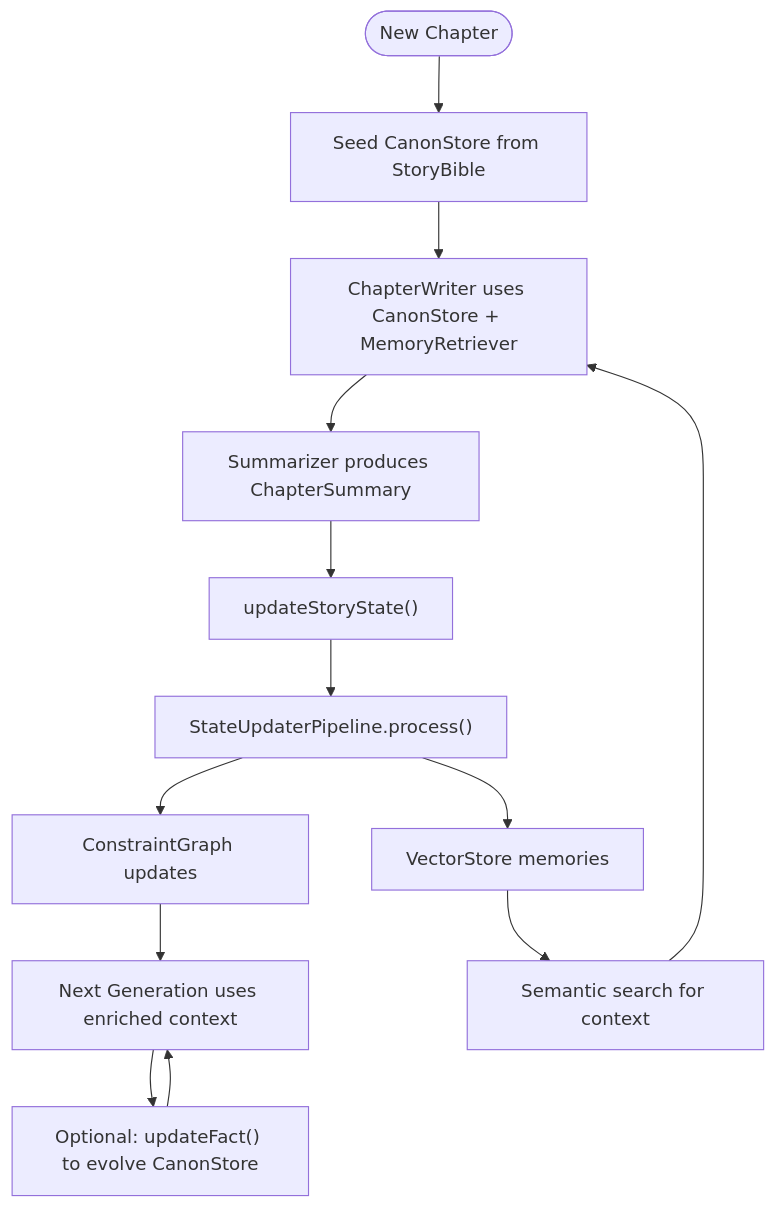
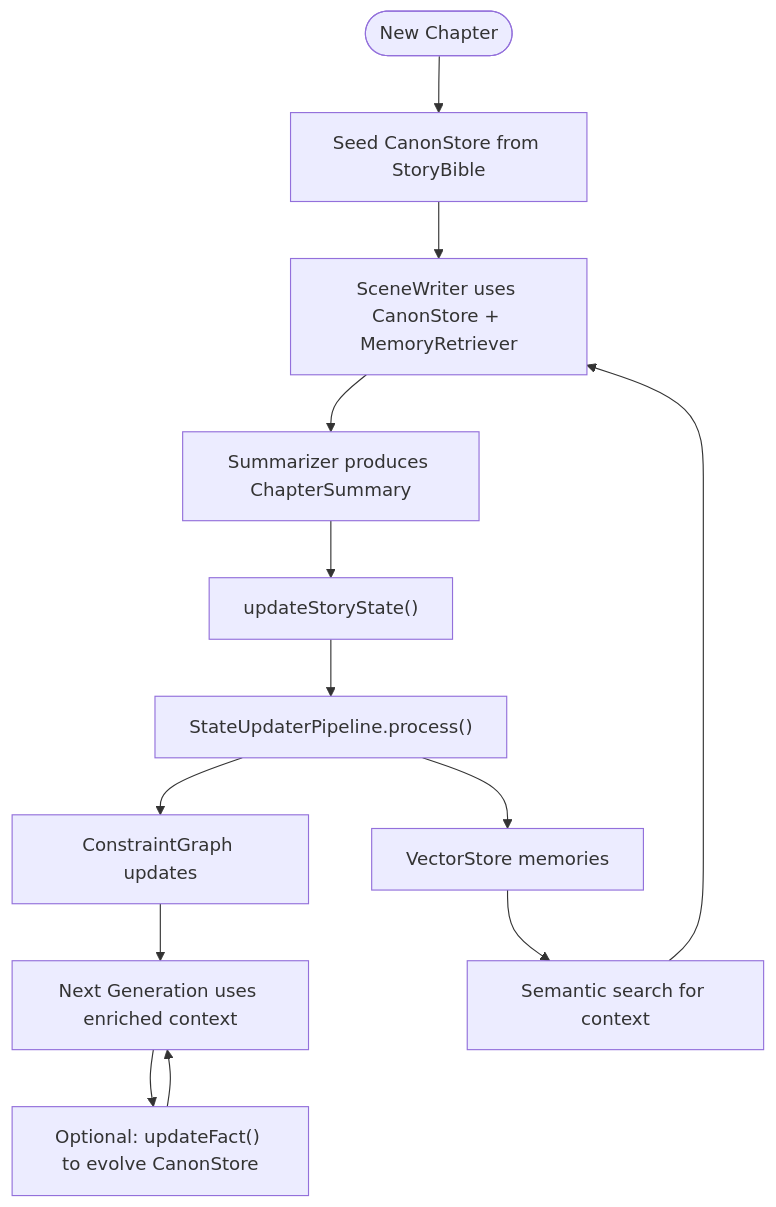
Before and after one commit to liwonder/NARRITIVE_OS: diagram 16 of 17 in .qoder/repowiki/en/content/Memory Management System/Memory Management System.md, drawn with Mermaid. The commit also changed other lines of this file and 22 other files, not shown here.

````diff
--- a/.qoder/repowiki/en/content/Memory Management System/Memory Management System.md
+++ b/.qoder/repowiki/en/content/Memory Management System/Memory Management System.md
@@ -663,15 +800,15 @@
 ```mermaid
 flowchart TD
 Start(["New Chapter"]) --> Seed["Seed CanonStore from StoryBible"]
-Seed --> Write["ChapterWriter uses CanonStore + MemoryRetriever"]
+Seed --> Write["SceneWriter uses CanonStore + MemoryRetriever"]
 Write --> Sum["Summarizer produces ChapterSummary"]
 Sum --> State["updateStoryState()"]
 State --> StateUp["StateUpdaterPipeline.process()"]
 StateUp --> Graph["ConstraintGraph updates"]
 StateUp --> Mem["VectorStore memories"]
 Mem --> Search["Semantic search for context"]
 Search --> Write
 Graph --> Next["Next Generation uses enriched context"]
 Next --> OptionalUpdate["Optional: updateFact() to evolve CanonStore"]
 OptionalUpdate --> Next
 ```
````
